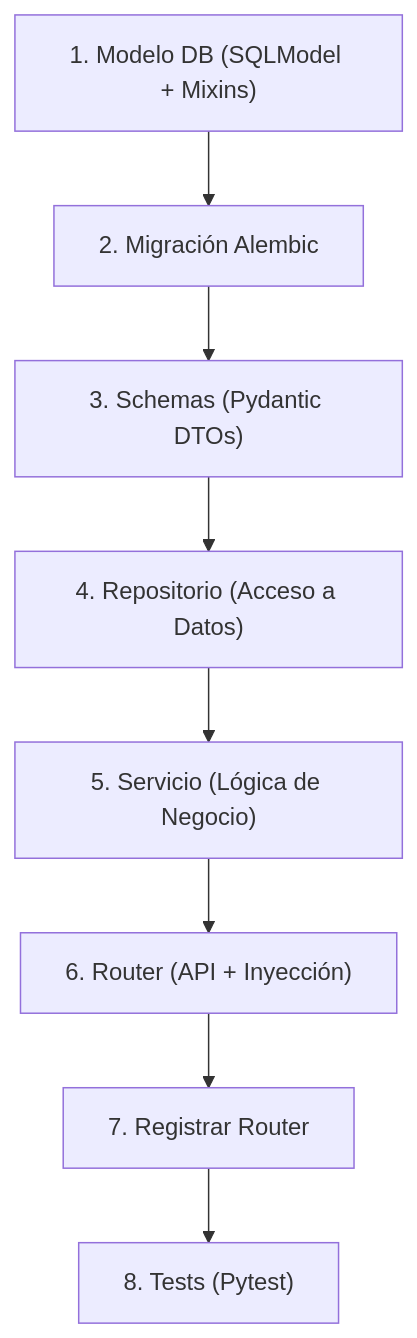
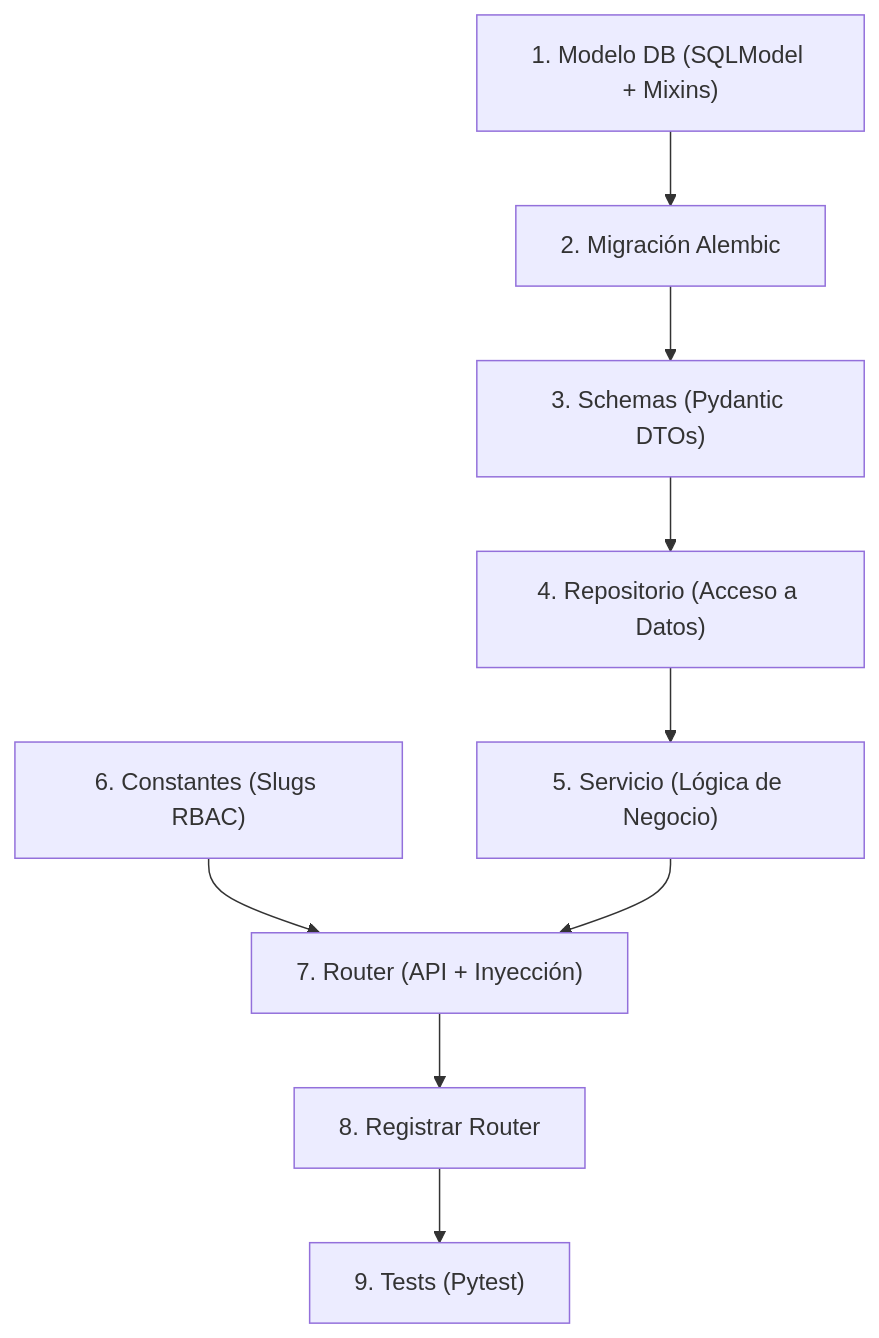
The diagram in docs/DEVELOPER_GUIDE.md (henrytaby/uyuni-backend-py), drawn with Mermaid before and after one commit. The commit also changed other lines of this file and 58 other files, not shown here.

````diff
--- a/docs/DEVELOPER_GUIDE.md
+++ b/docs/DEVELOPER_GUIDE.md
@@ -7,10 +7,11 @@
 ```mermaid
 flowchart TD
     A["1. Modelo DB (SQLModel + Mixins)"] --> B["2. Migración Alembic"]
     B --> C["3. Schemas (Pydantic DTOs)"]
     C --> D["4. Repositorio (Acceso a Datos)"]
     D --> E["5. Servicio (Lógica de Negocio)"]
-    E --> F["6. Router (API + Inyección)"]
-    F --> G["7. Registrar Router"]
-    G --> H["8. Tests (Pytest)"]
+    F["6. Constantes (Slugs RBAC)"] --> G["7. Router (API + Inyección)"]
+    E --> G
+    G --> H["8. Registrar Router"]
+    H --> I["9. Tests (Pytest)"]
 ```
````
